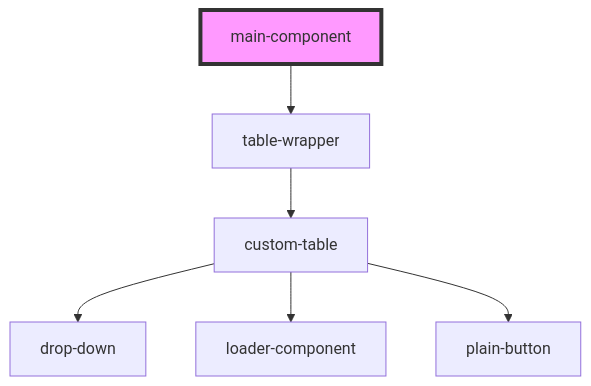
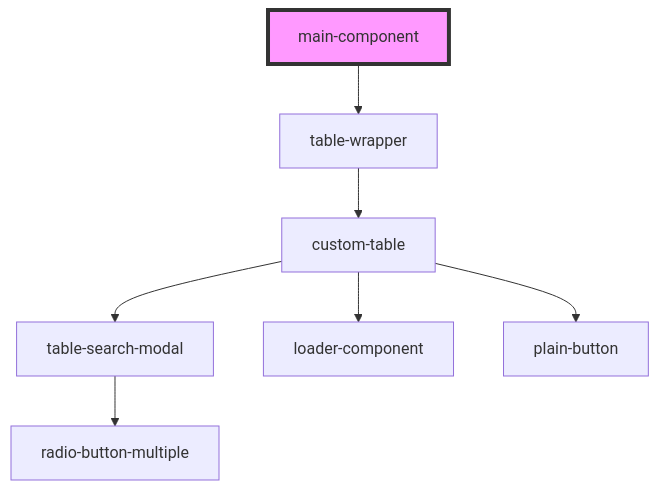
Before and after one commit to techvariable/NeptuneConnectComponents: the diagram in src/components/main-component/readme.md, drawn with Mermaid. The commit also changed 16 other files, not shown here.

Commit message:
added model for search in the custom table

````diff
--- a/src/components/main-component/readme.md
+++ b/src/components/main-component/readme.md
@@ -15,9 +15,10 @@
 ```mermaid
 graph TD;
   main-component --> table-wrapper
   table-wrapper --> custom-table
-  custom-table --> drop-down
+  custom-table --> table-search-modal
   custom-table --> loader-component
   custom-table --> plain-button
+  table-search-modal --> radio-button-multiple
   style main-component fill:#f9f,stroke:#333,stroke-width:4px
 ```
````
